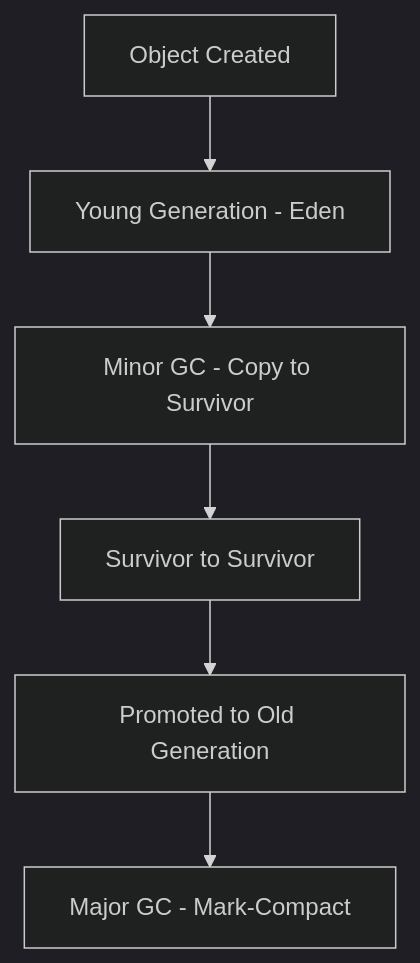
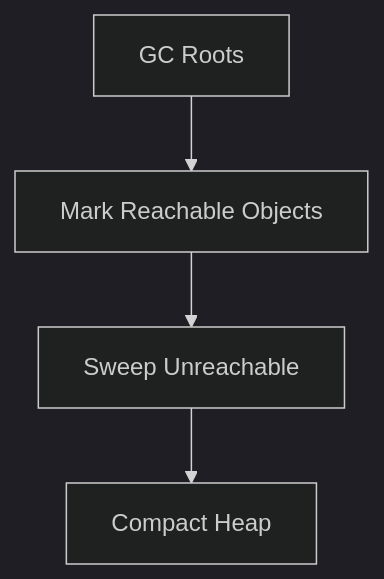
The diagram in garbage-collection-algorithms/README.md (VrushankPatel/interview-matters), drawn with Mermaid (dark theme) before and after one commit. The commit also changed other lines of this file and 5 other files, not shown here.

````diff
--- a/garbage-collection-algorithms/README.md
+++ b/garbage-collection-algorithms/README.md
@@ -30,8 +40,6 @@
 ```mermaid
 graph TD
-    A[Object Created] --> B[Young Generation - Eden]
-    B --> C[Minor GC - Copy to Survivor]
-    C --> D[Survivor to Survivor]
-    D --> E[Promoted to Old Generation]
-    E --> F[Major GC - Mark-Compact]
+    A[GC Roots] --> B[Mark Reachable Objects]
+    B --> C[Sweep Unreachable]
+    C --> D[Compact Heap]
 ```
````
